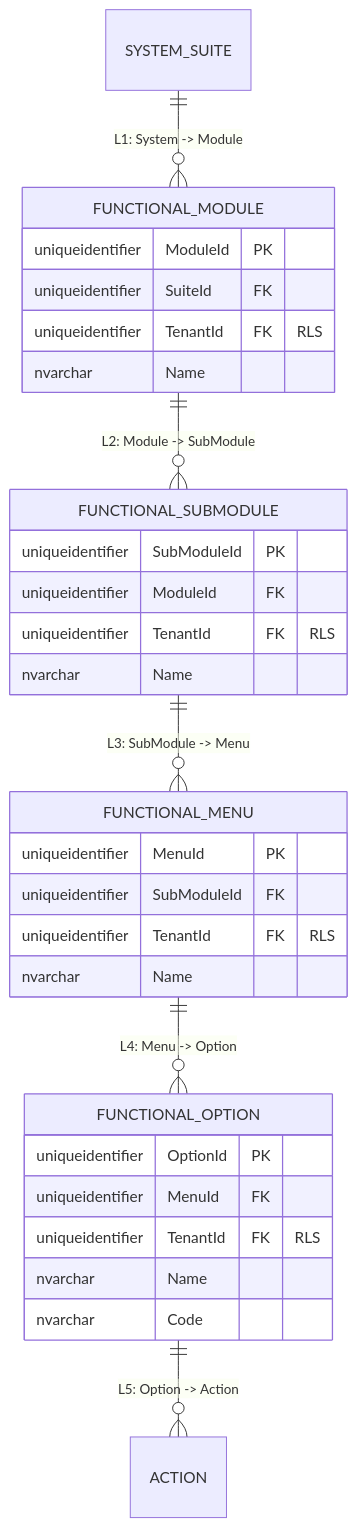
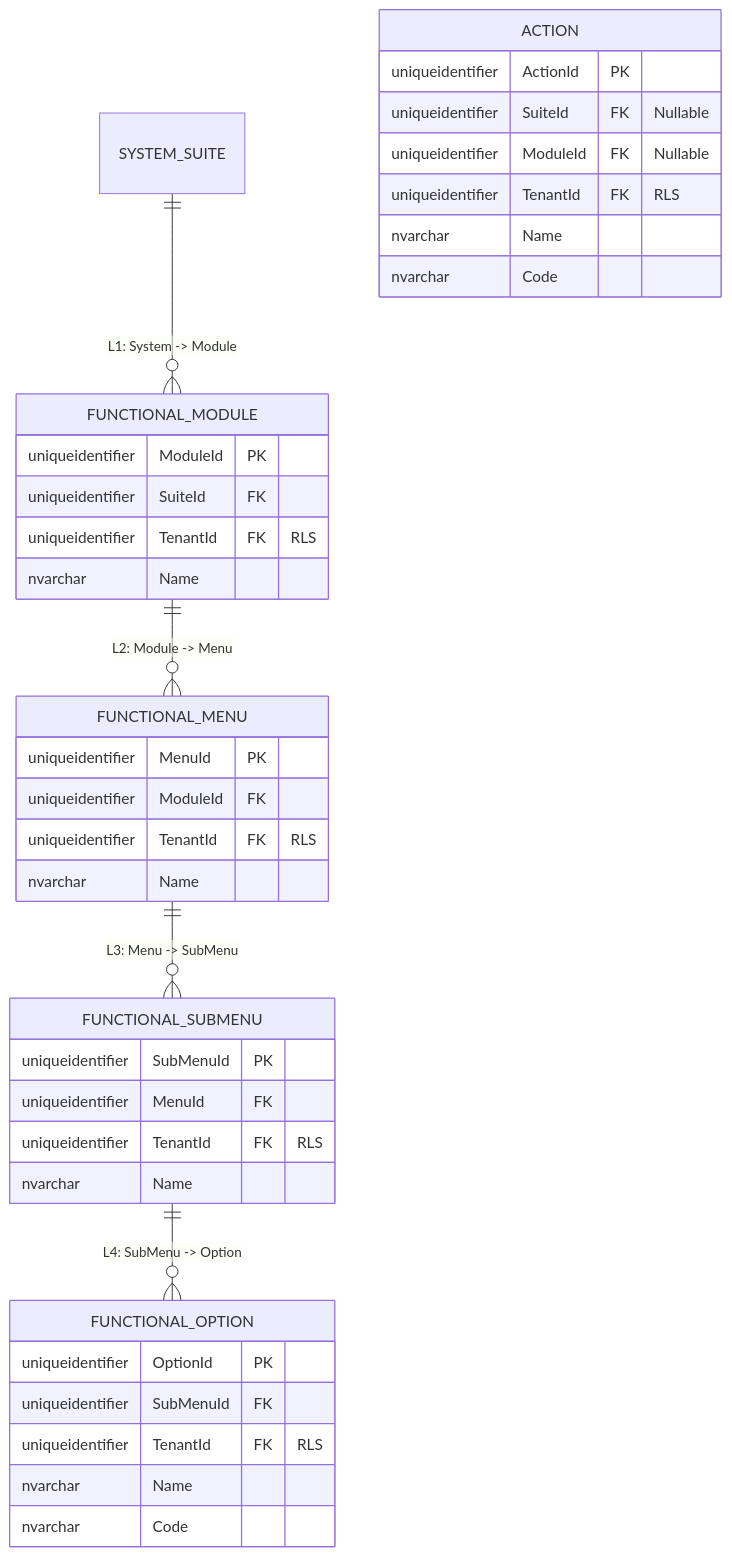
Before and after one commit to beyondnetcode/ums: the third of 4 diagrams in docs/architecture/blueprints/database-design-er.md, drawn with Mermaid. The commit also changed other lines of this file and 1 other file, not shown here.

Commit message:
docs: finalize hierarchy as System-Module-Menu-SubMenu-Option and cleanup intro text

````diff
--- a/docs/architecture/blueprints/database-design-er.md
+++ b/docs/architecture/blueprints/database-design-er.md
@@ -113,37 +112,45 @@
 ```mermaid
 erDiagram
     SYSTEM_SUITE ||--o{ FUNCTIONAL_MODULE : "L1: System -> Module"
-    FUNCTIONAL_MODULE ||--o{ FUNCTIONAL_SUBMODULE : "L2: Module -> SubModule"
-    FUNCTIONAL_SUBMODULE ||--o{ FUNCTIONAL_MENU : "L3: SubModule -> Menu"
-    FUNCTIONAL_MENU ||--o{ FUNCTIONAL_OPTION : "L4: Menu -> Option"
-    FUNCTIONAL_OPTION ||--o{ ACTION : "L5: Option -> Action"
+    FUNCTIONAL_MODULE ||--o{ FUNCTIONAL_MENU : "L2: Module -> Menu"
+    FUNCTIONAL_MENU ||--o{ FUNCTIONAL_SUBMENU : "L3: Menu -> SubMenu"
+    FUNCTIONAL_SUBMENU ||--o{ FUNCTIONAL_OPTION : "L4: SubMenu -> Option"
     
     FUNCTIONAL_MODULE {
         uniqueidentifier ModuleId PK
         uniqueidentifier SuiteId FK
         uniqueidentifier TenantId FK "RLS"
         nvarchar Name
     }
     
-    FUNCTIONAL_SUBMODULE {
-        uniqueidentifier SubModuleId PK
+    FUNCTIONAL_MENU {
+        uniqueidentifier MenuId PK
         uniqueidentifier ModuleId FK
         uniqueidentifier TenantId FK "RLS"
         nvarchar Name
     }
 
-    FUNCTIONAL_MENU {
-        uniqueidentifier MenuId PK
-        uniqueidentifier SubModuleId FK
+    FUNCTIONAL_SUBMENU {
+        uniqueidentifier SubMenuId PK
+        uniqueidentifier MenuId FK
         uniqueidentifier TenantId FK "RLS"
         nvarchar Name
     }
     
     FUNCTIONAL_OPTION {
         uniqueidentifier OptionId PK
-        uniqueidentifier MenuId FK
+        uniqueidentifier SubMenuId FK
+        uniqueidentifier TenantId FK "RLS"
+        nvarchar Name
+        nvarchar Code
+    }
+    
+    ACTION {
+        uniqueidentifier ActionId PK
+        uniqueidentifier SuiteId FK "Nullable"
+        uniqueidentifier ModuleId FK "Nullable"
         uniqueidentifier TenantId FK "RLS"
         nvarchar Name
         nvarchar Code
     }
 ```
````
